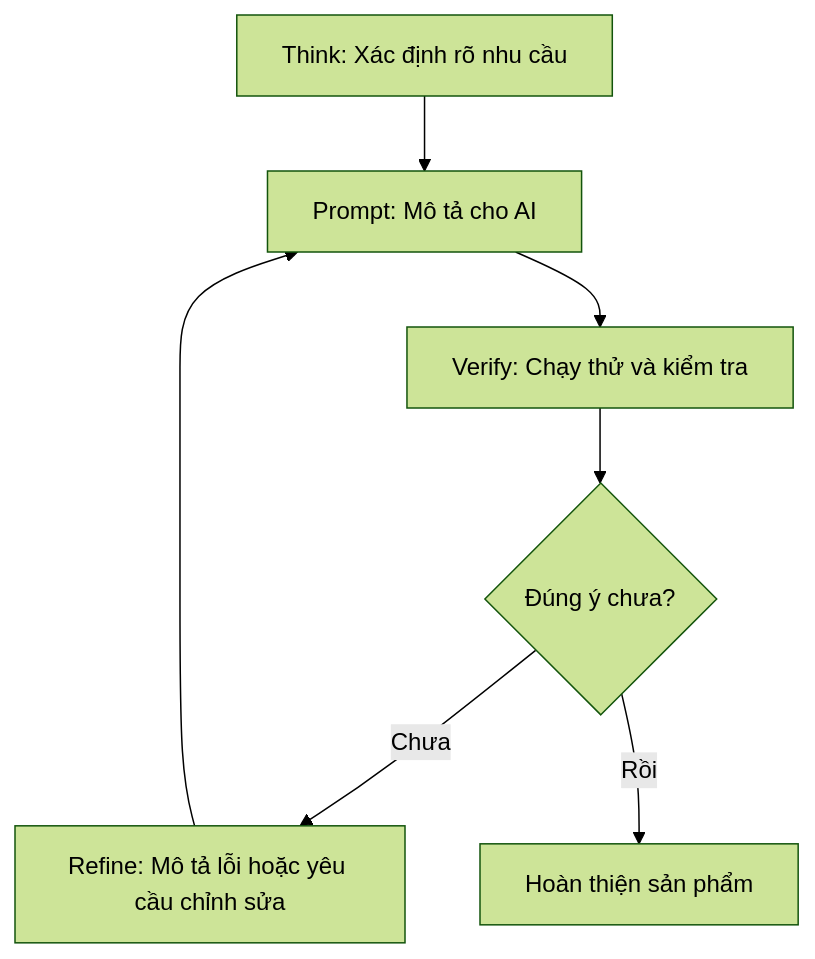
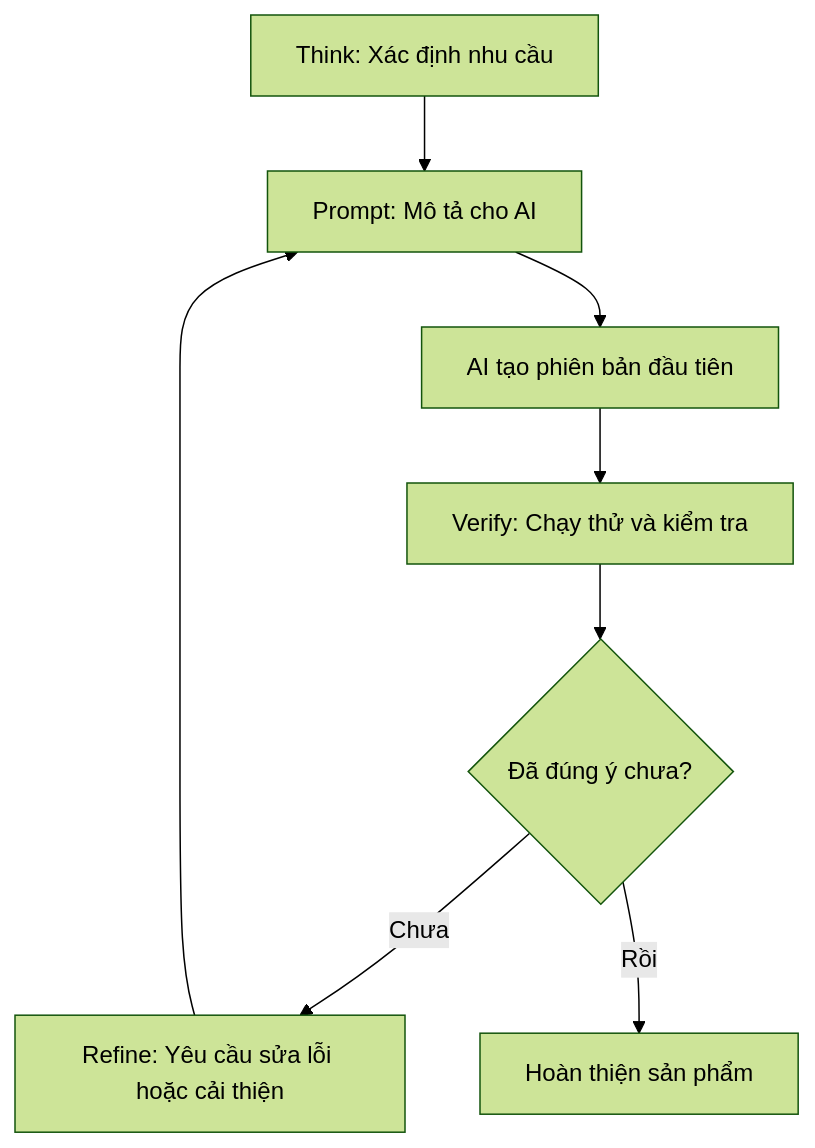
One commit to AlanKhan145/course-knowledge-base changed the third of 3 diagrams in khoa-hoc-vibe-coding-co-ban/Module 02 - Tong Quan Va Khai Niem Co Ban Ve Vibe Coding/04-tong-quan-vibe-coding-la-gi.md. Above: the diagram before and after it, drawn with Mermaid (forest theme). The commit also changed other lines of this file and 19 other files, not shown here.

````diff
--- a/khoa-hoc-vibe-coding-co-ban/Module 02 - Tong Quan Va Khai Niem Co Ban Ve Vibe Coding/04-tong-quan-vibe-coding-la-gi.md
+++ b/khoa-hoc-vibe-coding-co-ban/Module 02 - Tong Quan Va Khai Niem Co Ban Ve Vibe Coding/04-tong-quan-vibe-coding-la-gi.md
@@ -69,9 +150,10 @@
 ```mermaid
 flowchart TD
-    A["Think: Xác định rõ nhu cầu"] --> B["Prompt: Mô tả cho AI"]
-    B --> C["Verify: Chạy thử và kiểm tra"]
-    C --> D{"Đúng ý chưa?"}
-    D -- "Chưa" --> E["Refine: Mô tả lỗi hoặc yêu cầu chỉnh sửa"]
-    E --> B
-    D -- "Rồi" --> F["Hoàn thiện sản phẩm"]
+    A["Think: Xác định nhu cầu"] --> B["Prompt: Mô tả cho AI"]
+    B --> C["AI tạo phiên bản đầu tiên"]
+    C --> D["Verify: Chạy thử và kiểm tra"]
+    D --> E{"Đã đúng ý chưa?"}
+    E -- "Chưa" --> F["Refine: Yêu cầu sửa lỗi hoặc cải thiện"]
+    F --> B
+    E -- "Rồi" --> G["Hoàn thiện sản phẩm"]
 ```
````
